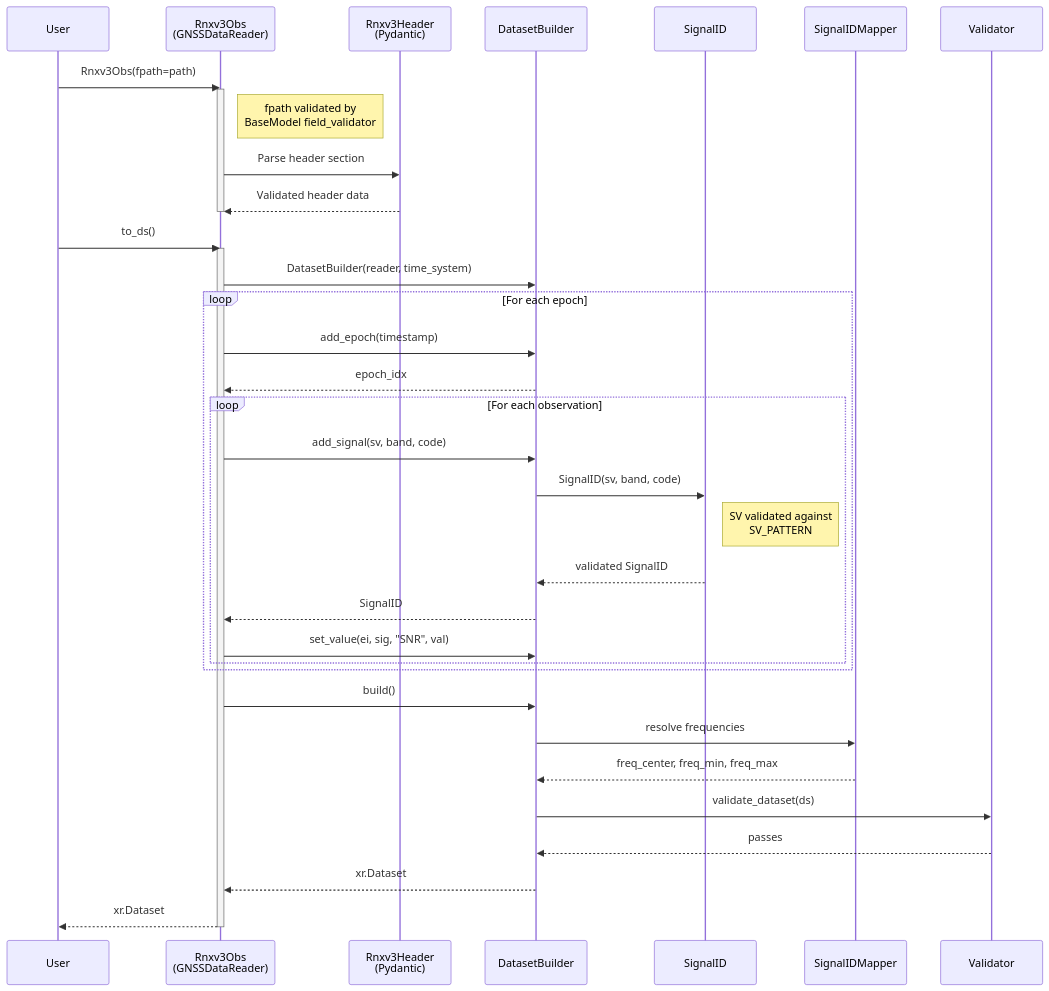
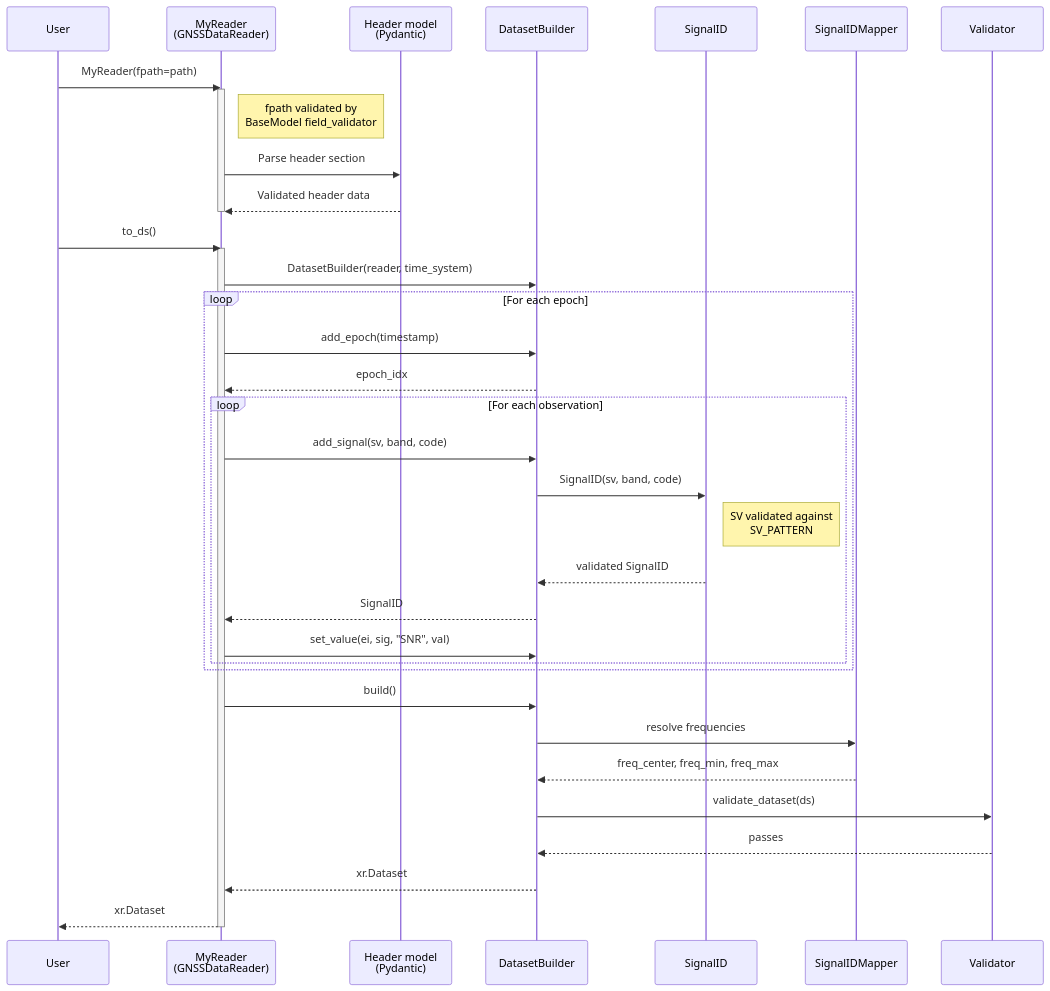
One commit to nfb2021/canvodpy changed the second of 2 diagrams in docs/packages/readers/architecture.md. Above: the diagram before and after it, drawn with Mermaid. The commit also changed other lines of this file and 6 other files, not shown here.

````diff
--- a/docs/packages/readers/architecture.md
+++ b/docs/packages/readers/architecture.md
@@ -232,46 +252,46 @@
 ```mermaid
 sequenceDiagram
     participant User
-    participant Reader as Rnxv3Obs<br/>(GNSSDataReader)
-    participant Header as Rnxv3Header<br/>(Pydantic)
+    participant Reader as MyReader<br/>(GNSSDataReader)
+    participant Header as Header model<br/>(Pydantic)
     participant Builder as DatasetBuilder
     participant SigID as SignalID
     participant Mapper as SignalIDMapper
     participant Validator
 
-    User->>Reader: Rnxv3Obs(fpath=path)
+    User->>Reader: MyReader(fpath=path)
     activate Reader
     Note right of Reader: fpath validated by<br/>BaseModel field_validator
     Reader->>Header: Parse header section
     Header-->>Reader: Validated header data
     deactivate Reader
 
     User->>Reader: to_ds()
     activate Reader
     Reader->>Builder: DatasetBuilder(reader, time_system)
 
     loop For each epoch
         Reader->>Builder: add_epoch(timestamp)
         Builder-->>Reader: epoch_idx
 
         loop For each observation
             Reader->>Builder: add_signal(sv, band, code)
             Builder->>SigID: SignalID(sv, band, code)
             Note right of SigID: SV validated against<br/>SV_PATTERN
             SigID-->>Builder: validated SignalID
             Builder-->>Reader: SignalID
 
             Reader->>Builder: set_value(ei, sig, "SNR", val)
         end
     end
 
     Reader->>Builder: build()
     Builder->>Mapper: resolve frequencies
     Mapper-->>Builder: freq_center, freq_min, freq_max
     Builder->>Validator: validate_dataset(ds)
     Validator-->>Builder: passes
     Builder-->>Reader: xr.Dataset
 
     Reader-->>User: xr.Dataset
     deactivate Reader
 ```
````
